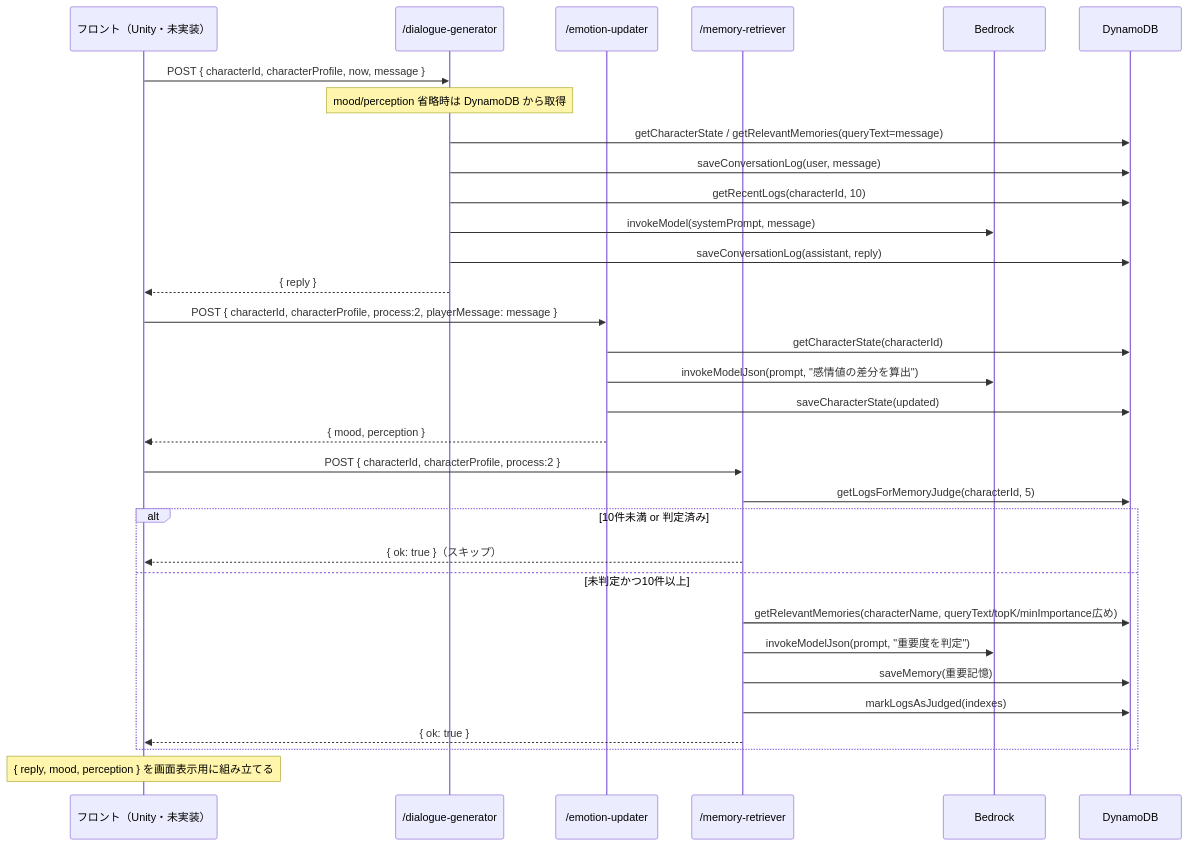
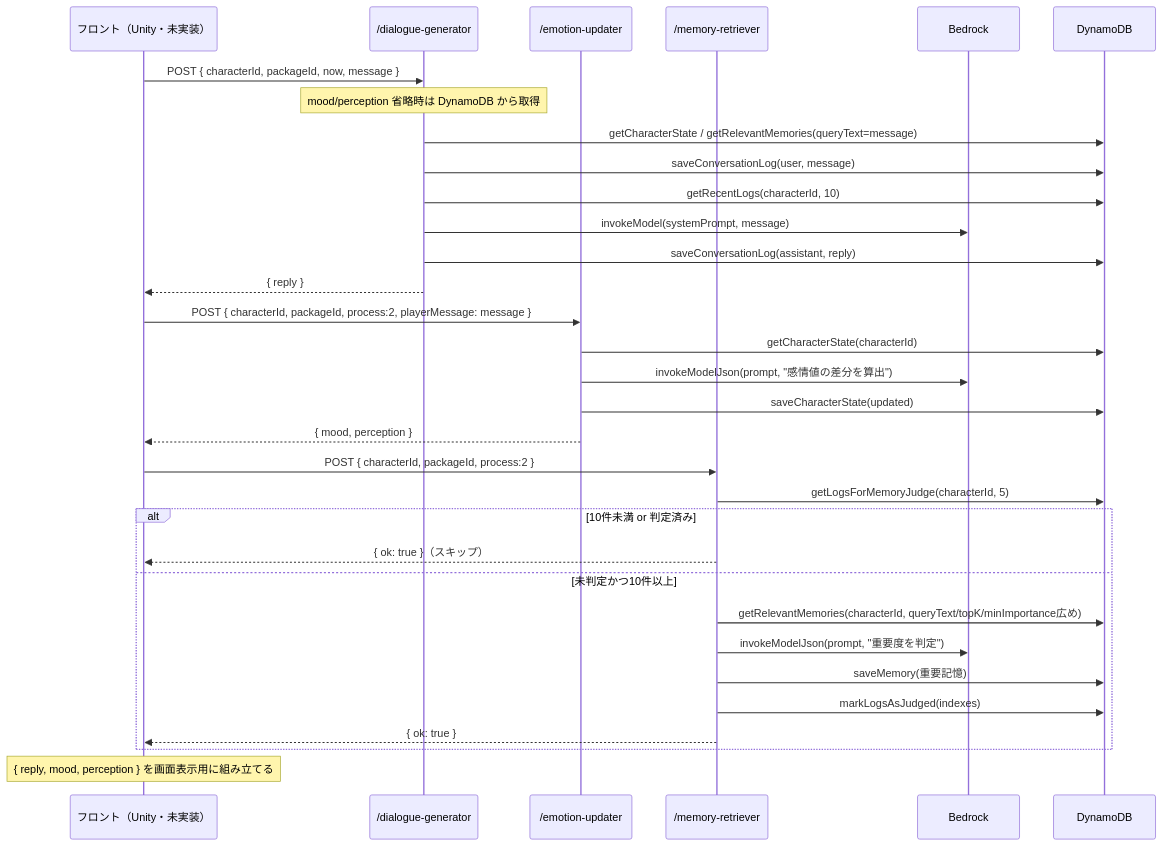
The sixth of 9 diagrams in README.md (yatohana1231-ux/vtuber-simulator-api), drawn with Mermaid before and after one commit. The commit also changed other lines of this file and 47 other files, not shown here.

First line of the commit message:
feat: select character x world packages by packageId instead of characterProfile

````diff
--- a/README.md
+++ b/README.md
@@ -263,38 +291,38 @@
 ```mermaid
 sequenceDiagram
     participant Front as フロント（Unity・未実装）
     participant DG as /dialogue-generator
     participant EU as /emotion-updater
     participant MR as /memory-retriever
     participant BK as Bedrock
     participant DB as DynamoDB
 
-    Front->>DG: POST { characterId, characterProfile, now, message }
+    Front->>DG: POST { characterId, packageId, now, message }
     Note over DG: mood/perception 省略時は DynamoDB から取得
     DG->>DB: getCharacterState / getRelevantMemories(queryText=message)
     DG->>DB: saveConversationLog(user, message)
     DG->>DB: getRecentLogs(characterId, 10)
     DG->>BK: invokeModel(systemPrompt, message)
     DG->>DB: saveConversationLog(assistant, reply)
     DG-->>Front: { reply }
 
-    Front->>EU: POST { characterId, characterProfile, process:2, playerMessage: message }
+    Front->>EU: POST { characterId, packageId, process:2, playerMessage: message }
     EU->>DB: getCharacterState(characterId)
     EU->>BK: invokeModelJson(prompt, "感情値の差分を算出")
     EU->>DB: saveCharacterState(updated)
     EU-->>Front: { mood, perception }
 
-    Front->>MR: POST { characterId, characterProfile, process:2 }
+    Front->>MR: POST { characterId, packageId, process:2 }
     MR->>DB: getLogsForMemoryJudge(characterId, 5)
     alt 10件未満 or 判定済み
         MR-->>Front: { ok: true }（スキップ）
     else 未判定かつ10件以上
-        MR->>DB: getRelevantMemories(characterName, queryText/topK/minImportance広め)
+        MR->>DB: getRelevantMemories(characterId, queryText/topK/minImportance広め)
         MR->>BK: invokeModelJson(prompt, "重要度を判定")
         MR->>DB: saveMemory(重要記憶)
         MR->>DB: markLogsAsJudged(indexes)
         MR-->>Front: { ok: true }
     end
 
     Note over Front: { reply, mood, perception } を画面表示用に組み立てる
 ```
````
